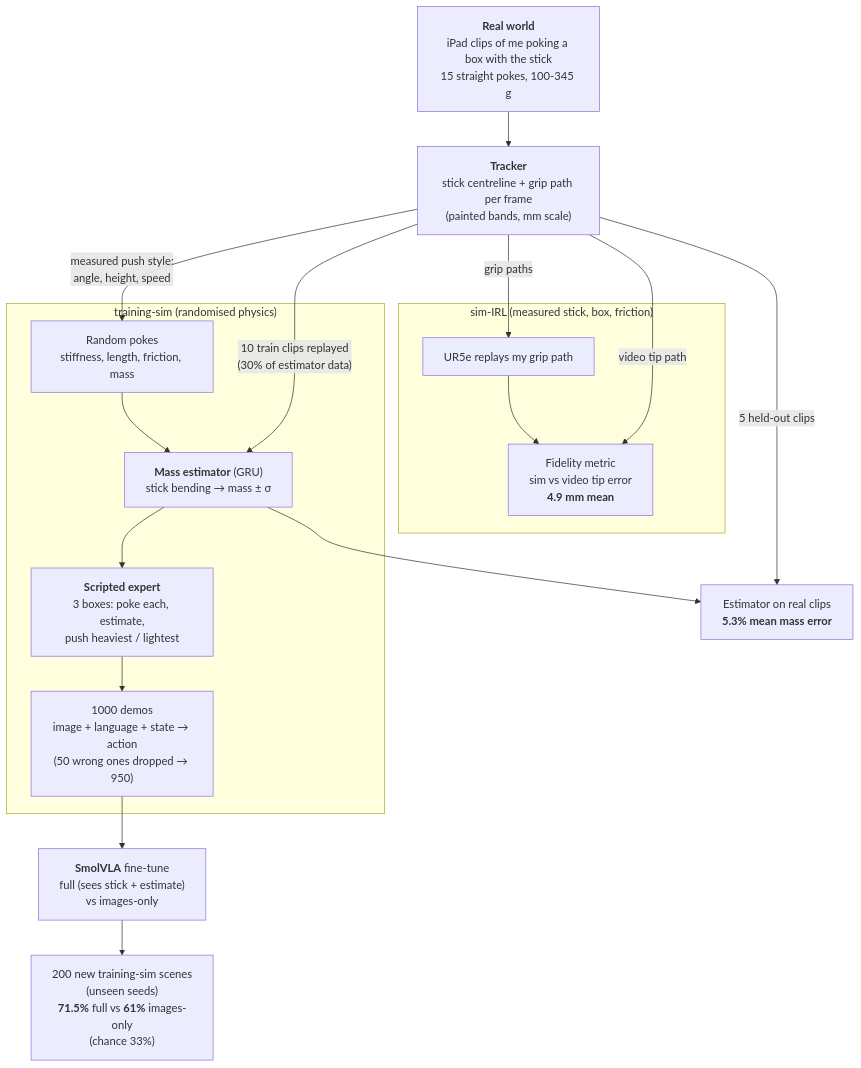
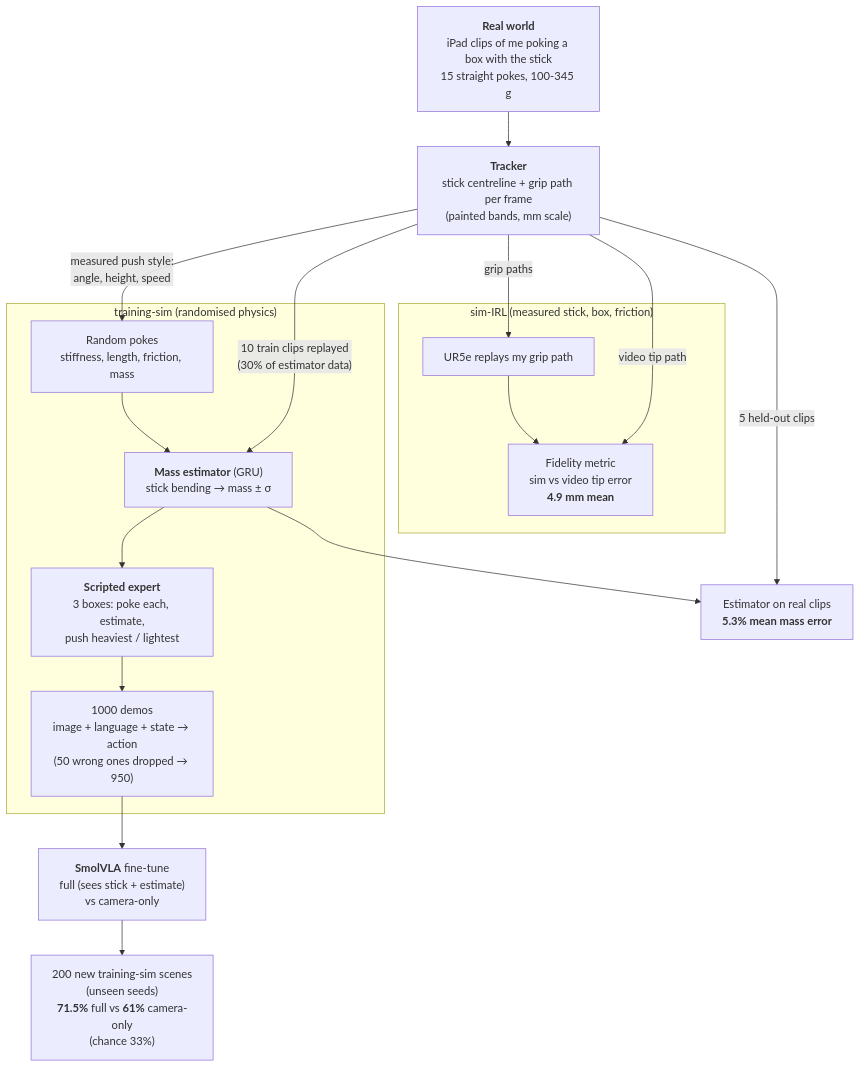
Before and after one commit to alexsykes8/weighing-by-poking: the diagram in README.md, drawn with Mermaid. The commit also changed other lines of this file, not shown here.

````diff
--- a/README.md
+++ b/README.md
@@ -192,32 +205,32 @@
 ```mermaid
 flowchart TD
     REAL["<b>Real world</b><br/>iPad clips of me poking a box with the stick<br/>15 straight pokes, 100-345 g"]
     TRACK["<b>Tracker</b><br/>stick centreline + grip path per frame<br/>(painted bands, mm scale)"]
 
     REAL --> TRACK
 
     subgraph IRL ["sim-IRL (measured stick, box, friction)"]
         REPLAY["UR5e replays my grip path"]
         SCORE["Fidelity metric<br/>sim vs video tip error<br/><b>4.9 mm mean</b>"]
         REPLAY --> SCORE
     end
 
     subgraph TRAIN ["training-sim (randomised physics)"]
         SIMPOKES["Random pokes<br/>stiffness, length, friction, mass"]
         EST["<b>Mass estimator</b> (GRU)<br/>stick bending → mass ± σ"]
         EXPERT["<b>Scripted expert</b><br/>3 boxes: poke each, estimate,<br/>push heaviest / lightest"]
         DEMOS["1000 demos<br/>image + language + state → action<br/>(50 wrong ones dropped → 950)"]
         SIMPOKES --> EST
         EST --> EXPERT --> DEMOS
     end
 
     TRACK -- "grip paths" --> REPLAY
     TRACK -- "video tip path" --> SCORE
     TRACK -- "10 train clips replayed<br/>(30% of estimator data)" --> EST
     TRACK -- "measured push style:<br/>angle, height, speed" --> SIMPOKES
     TRACK -- "5 held-out clips" --> ESTTEST["Estimator on real clips<br/><b>5.3% mean mass error</b>"]
     EST --> ESTTEST
 
-    DEMOS --> VLA["<b>SmolVLA</b> fine-tune<br/>full (sees stick + estimate)<br/>vs images-only"]
-    VLA --> EVAL["200 new training-sim scenes<br/>(unseen seeds)<br/><b>71.5%</b> full vs <b>61%</b> images-only<br/>(chance 33%)"]
+    DEMOS --> VLA["<b>SmolVLA</b> fine-tune<br/>full (sees stick + estimate)<br/>vs camera-only"]
+    VLA --> EVAL["200 new training-sim scenes<br/>(unseen seeds)<br/><b>71.5%</b> full vs <b>61%</b> camera-only<br/>(chance 33%)"]
 ```
````
